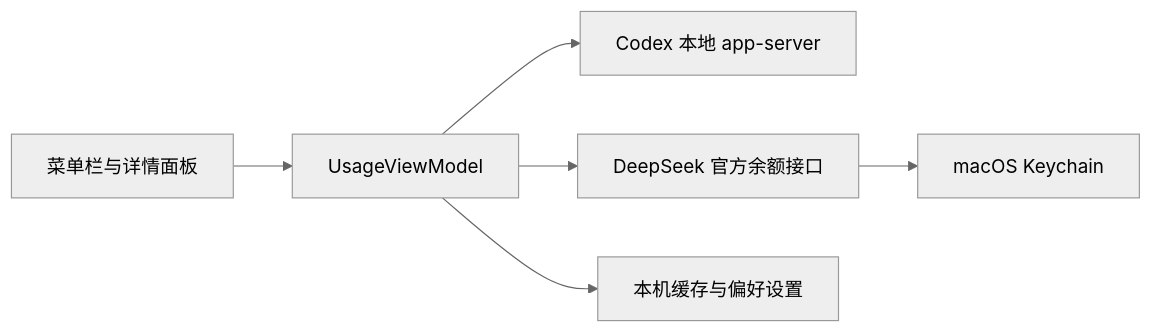
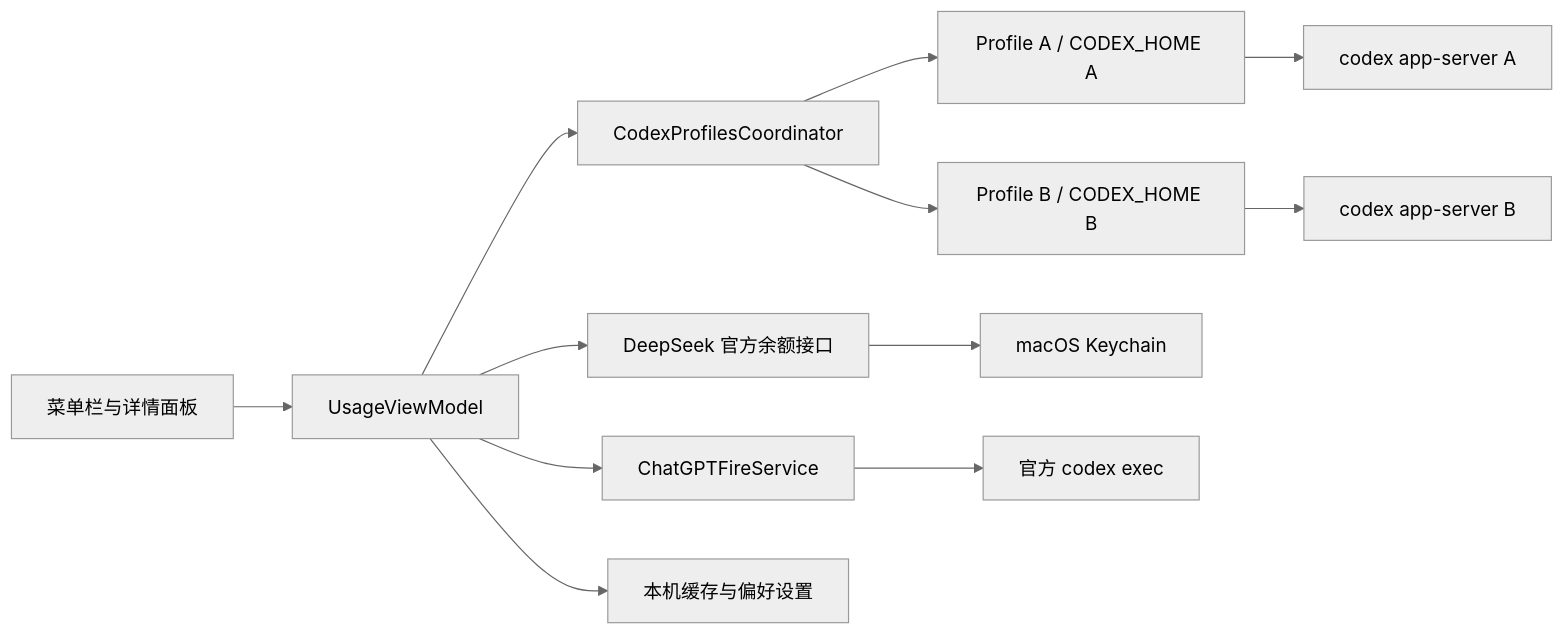
One commit to ym911x/Minget changed the diagram in docs/ARCHITECTURE.md. Above: the diagram before and after it, drawn with Mermaid (neutral theme). The commit also changed other lines of this file and 53 other files, not shown here.

````diff
--- a/docs/ARCHITECTURE.md
+++ b/docs/ARCHITECTURE.md
@@ -17,8 +33,14 @@
 ```mermaid
 flowchart LR
     UI[菜单栏与详情面板] --> Store[UsageViewModel]
-    Store --> Codex[Codex 本地 app-server]
+    Store --> Coord[CodexProfilesCoordinator]
+    Coord --> A[Profile A / CODEX_HOME A]
+    Coord --> B[Profile B / CODEX_HOME B]
+    A --> AServer[codex app-server A]
+    B --> BServer[codex app-server B]
     Store --> DeepSeek[DeepSeek 官方余额接口]
     DeepSeek --> Keychain[macOS Keychain]
+    Store --> Fire[ChatGPTFireService]
+    Fire --> CLI[官方 codex exec]
     Store --> Cache[本机缓存与偏好设置]
 ```
````
